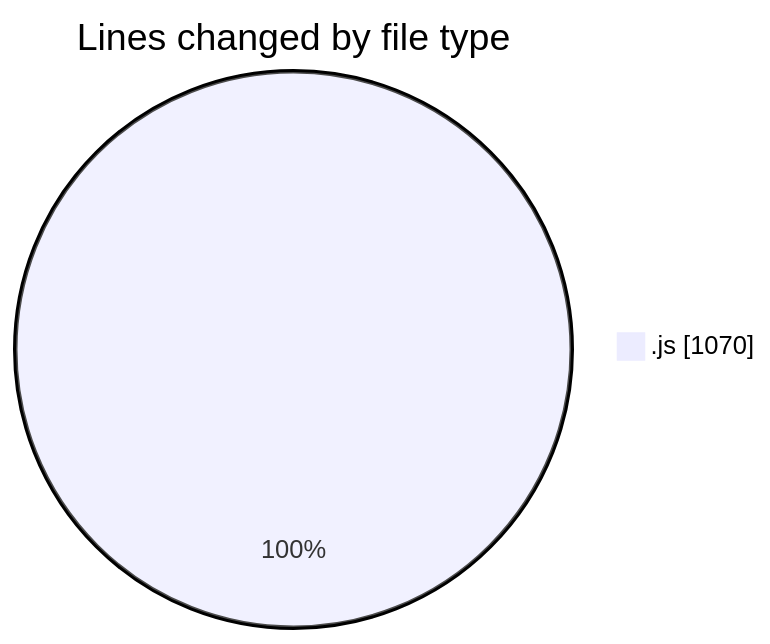
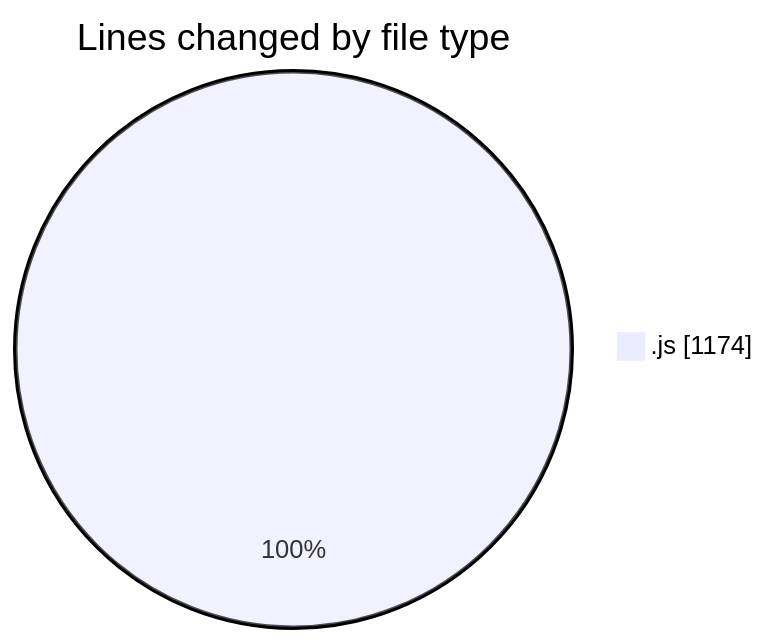
The first of 2 diagrams in 2025-11-04/nxtqube_webapp/README.md (nxtqubesakshisongat/code-tracking), drawn with Mermaid before and after one commit. The commit also changed other lines of this file and 1 other file, not shown here.

````diff
--- a/2025-11-04/nxtqube_webapp/README.md
+++ b/2025-11-04/nxtqube_webapp/README.md
@@ -24,5 +24,5 @@
 ```mermaid
 pie showData
 title Lines changed by file type
-".js" : 1070
+".js" : 1174
 ```
````
